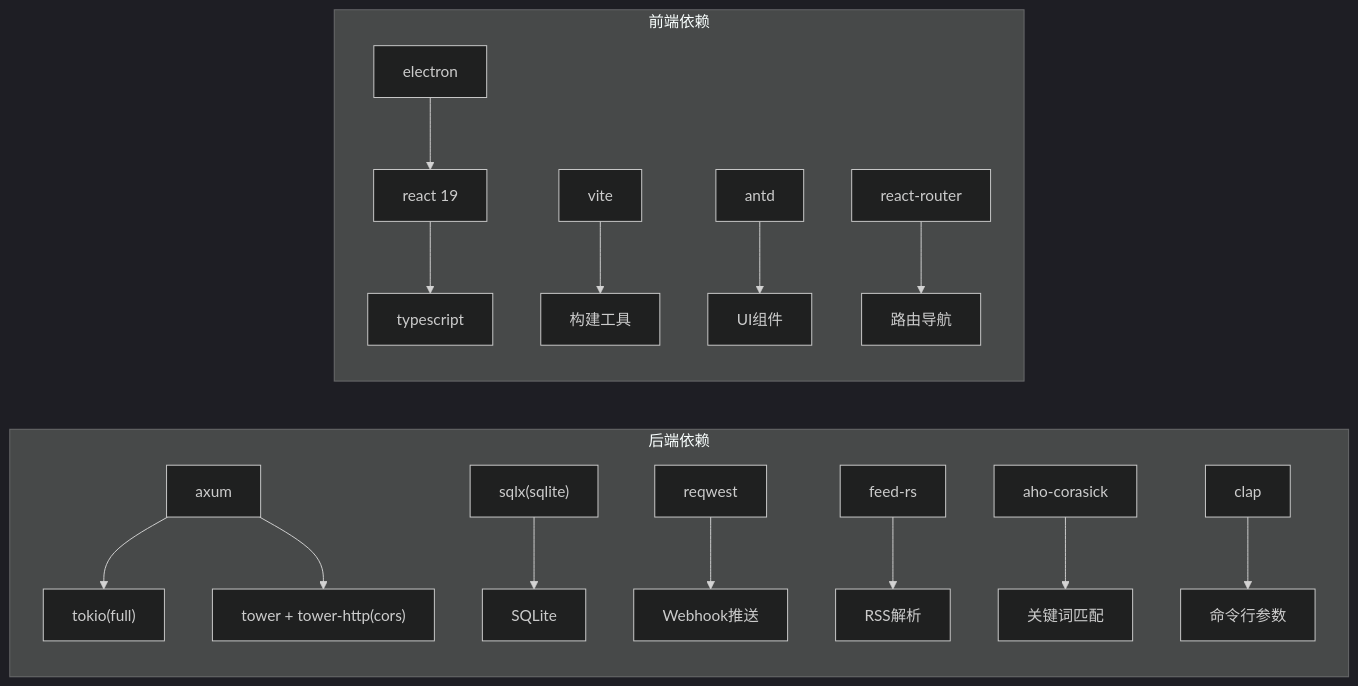
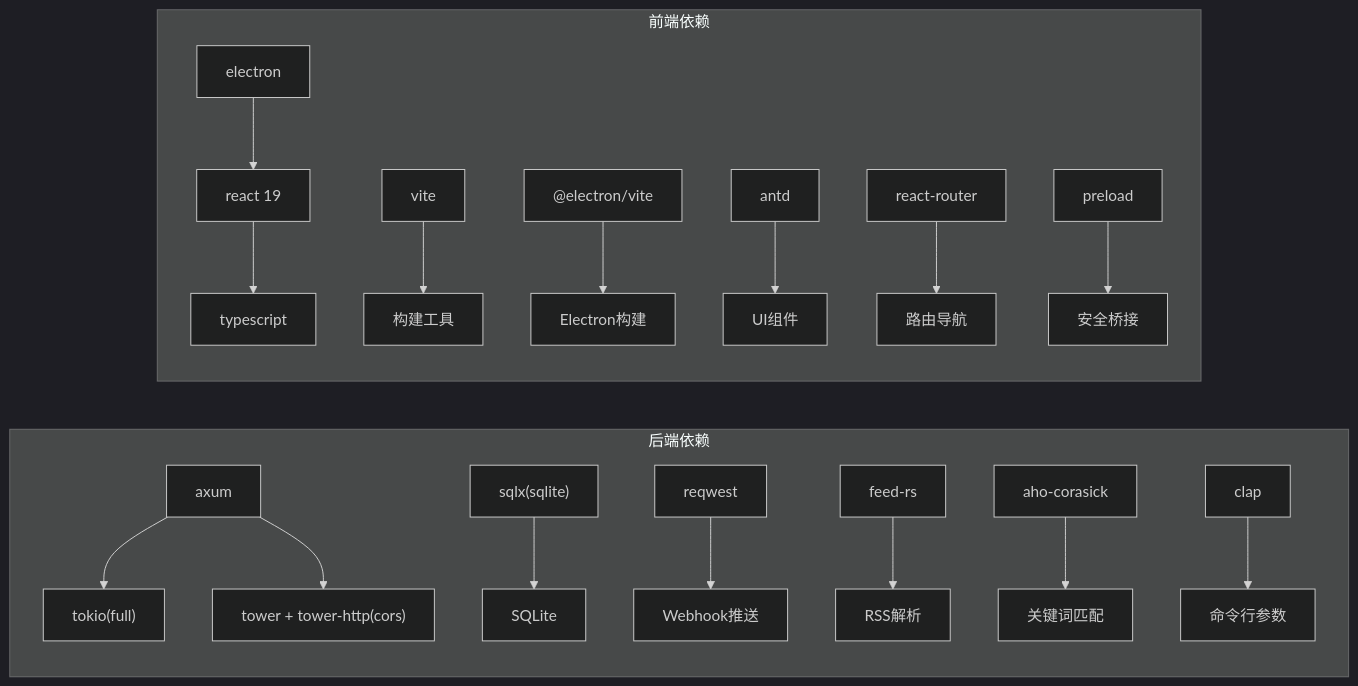
Before and after one commit to leimu-hue/AI-Trend-Tool: diagram 13 of 13 in .qoder/repowiki/zh/content/开发指南/开发指南.md, drawn with Mermaid (dark theme). The commit also changed other lines of this file and 74 other files, not shown here.

````diff
--- a/.qoder/repowiki/zh/content/开发指南/开发指南.md
+++ b/.qoder/repowiki/zh/content/开发指南/开发指南.md
@@ -484,19 +564,21 @@
 ```mermaid
 graph LR
 subgraph "后端依赖"
 AXUM["axum"] --> TOKIO["tokio(full)"]
 AXUM --> TOWER["tower + tower-http(cors)"]
 SQLX["sqlx(sqlite)"] --> SQLITE["SQLite"]
 REQ["reqwest"] --> WEBHOOK["Webhook推送"]
 FEEDRS["feed-rs"] --> RSS["RSS解析"]
 AHO["aho-corasick"] --> MATCH["关键词匹配"]
 CLAP["clap"] --> CLI["命令行参数"]
 end
 subgraph "前端依赖"
 ELECTRON["electron"] --> REACT["react 19"]
 REACT --> TYPESCRIPT["typescript"]
 VITE["vite"] --> BUILD["构建工具"]
+ELECTRON_VITE["@electron/vite"] --> ELEC_BUILD["Electron构建"]
 ANTD["antd"] --> UI["UI组件"]
 ROUTER["react-router"] --> NAV["路由导航"]
+PRELOAD["preload"] --> SECURE["安全桥接"]
 end
 ```
````
